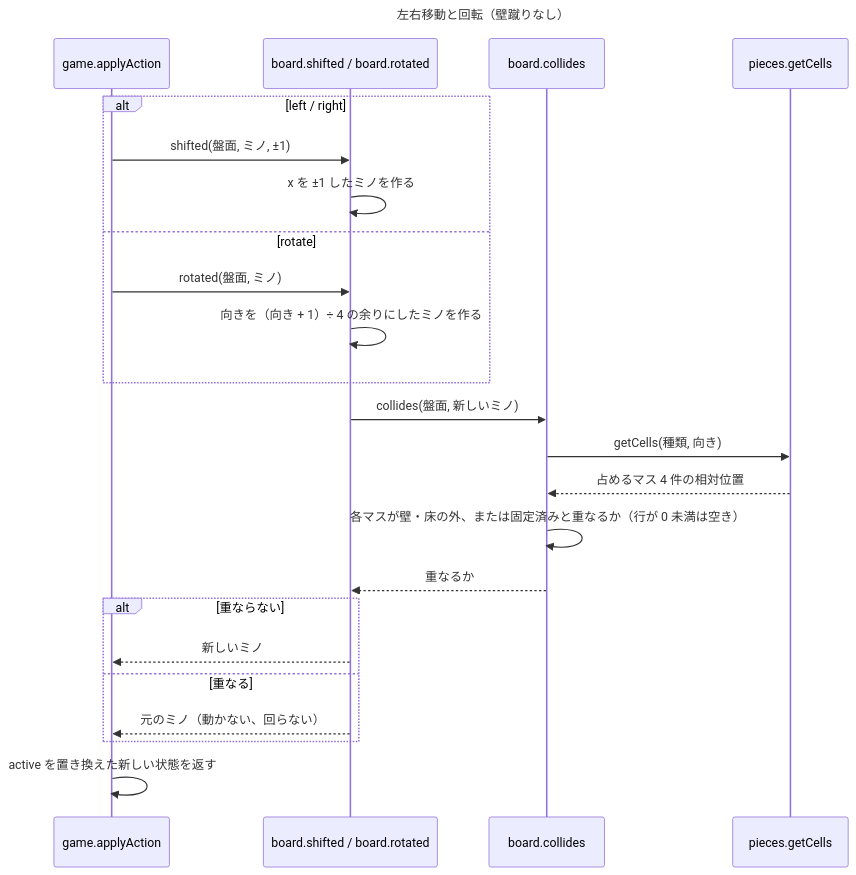
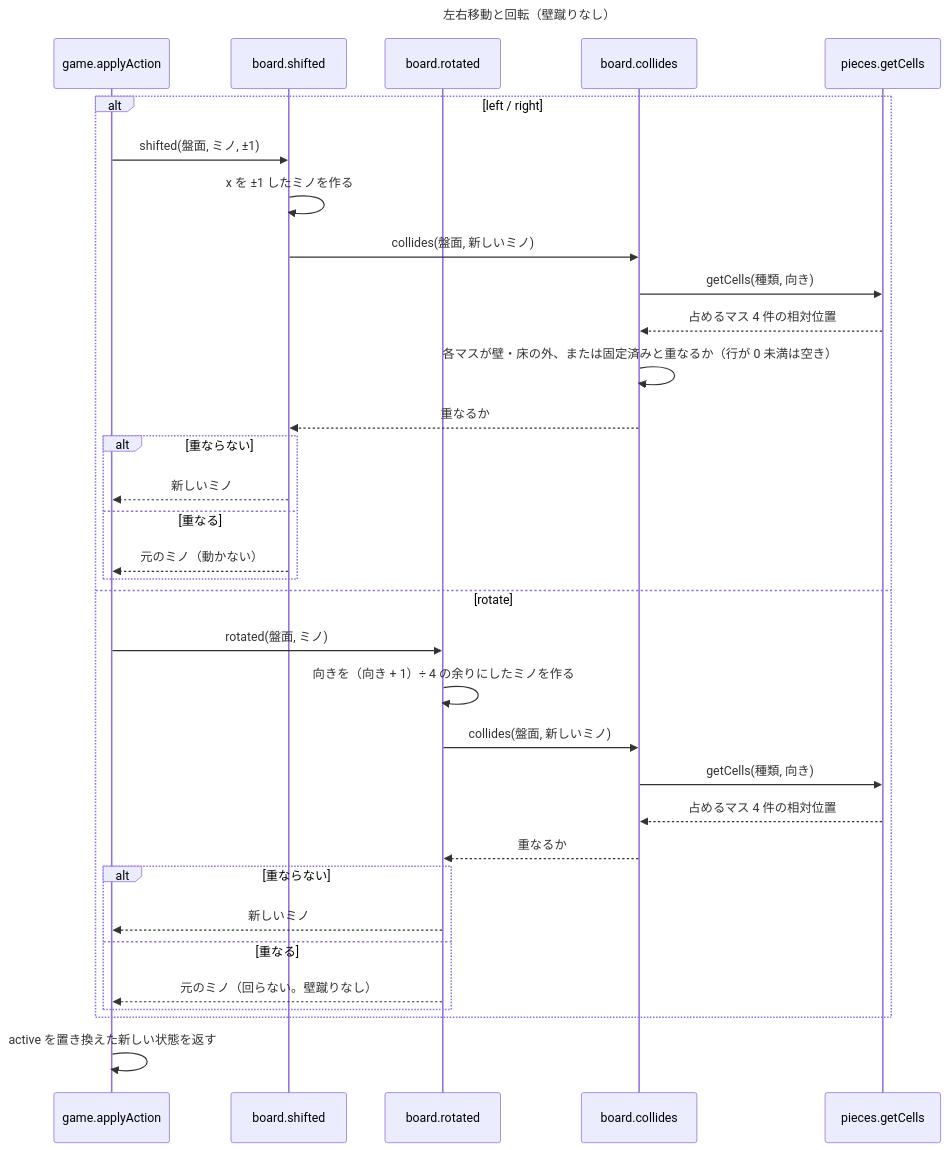
One commit to yoshimaru0419/mobile-claude-test changed the diagram in docs/diagrams/detail/02-move-rotate.mmd. Above: the diagram before and after it, drawn with Mermaid. The commit also changed 5 other files, not shown here.

First line of the commit message:
API-109: 詳細設計のシーケンス図に、レビューの指摘を反映する

```diff
--- a/docs/diagrams/detail/02-move-rotate.mmd
+++ b/docs/diagrams/detail/02-move-rotate.mmd
@@ -1,26 +1,36 @@
 ---
 title: 左右移動と回転（壁蹴りなし）
 ---
 sequenceDiagram
   participant A as game.applyAction
-  participant D as board.shifted / board.rotated
+  participant S as board.shifted
+  participant O as board.rotated
   participant X as board.collides
   participant K as pieces.getCells
   alt left / right
-    A->>D: shifted(盤面, ミノ, ±1)
-    D->>D: x を ±1 したミノを作る
+    A->>S: shifted(盤面, ミノ, ±1)
+    S->>S: x を ±1 したミノを作る
+    S->>X: collides(盤面, 新しいミノ)
+    X->>K: getCells(種類, 向き)
+    K-->>X: 占めるマス 4 件の相対位置
+    X->>X: 各マスが壁・床の外、または固定済みと重なるか（行が 0 未満は空き）
+    X-->>S: 重なるか
+    alt 重ならない
+      S-->>A: 新しいミノ
+    else 重なる
+      S-->>A: 元のミノ（動かない）
+    end
   else rotate
-    A->>D: rotated(盤面, ミノ)
-    D->>D: 向きを（向き + 1）÷ 4 の余りにしたミノを作る
-  end
-  D->>X: collides(盤面, 新しいミノ)
-  X->>K: getCells(種類, 向き)
-  K-->>X: 占めるマス 4 件の相対位置
-  X->>X: 各マスが壁・床の外、または固定済みと重なるか（行が 0 未満は空き）
-  X-->>D: 重なるか
-  alt 重ならない
-    D-->>A: 新しいミノ
-  else 重なる
-    D-->>A: 元のミノ（動かない、回らない）
+    A->>O: rotated(盤面, ミノ)
+    O->>O: 向きを（向き + 1）÷ 4 の余りにしたミノを作る
+    O->>X: collides(盤面, 新しいミノ)
+    X->>K: getCells(種類, 向き)
+    K-->>X: 占めるマス 4 件の相対位置
+    X-->>O: 重なるか
+    alt 重ならない
+      O-->>A: 新しいミノ
+    else 重なる
+      O-->>A: 元のミノ（回らない。壁蹴りなし）
+    end
   end
   A->>A: active を置き換えた新しい状態を返す
```
